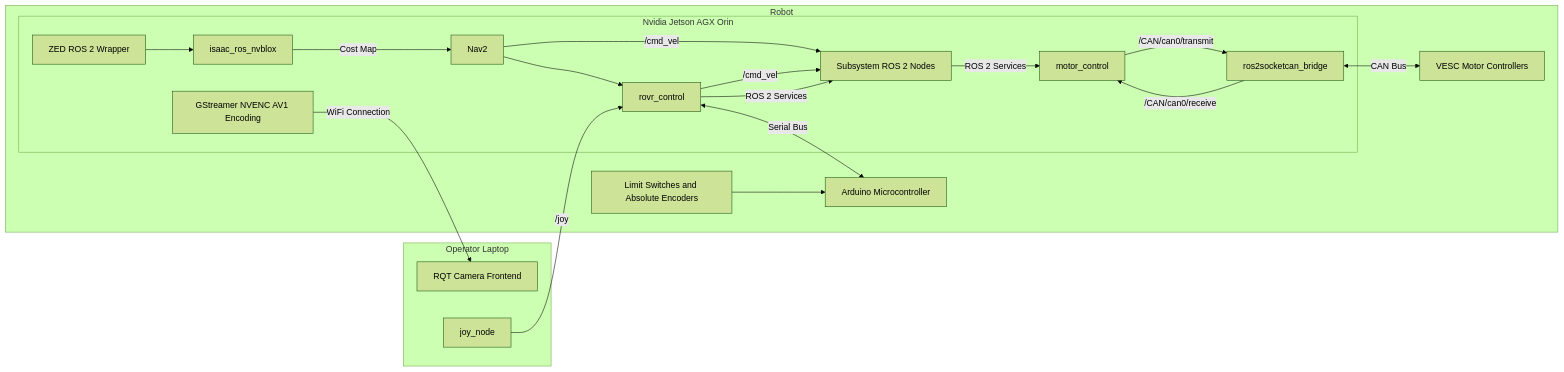
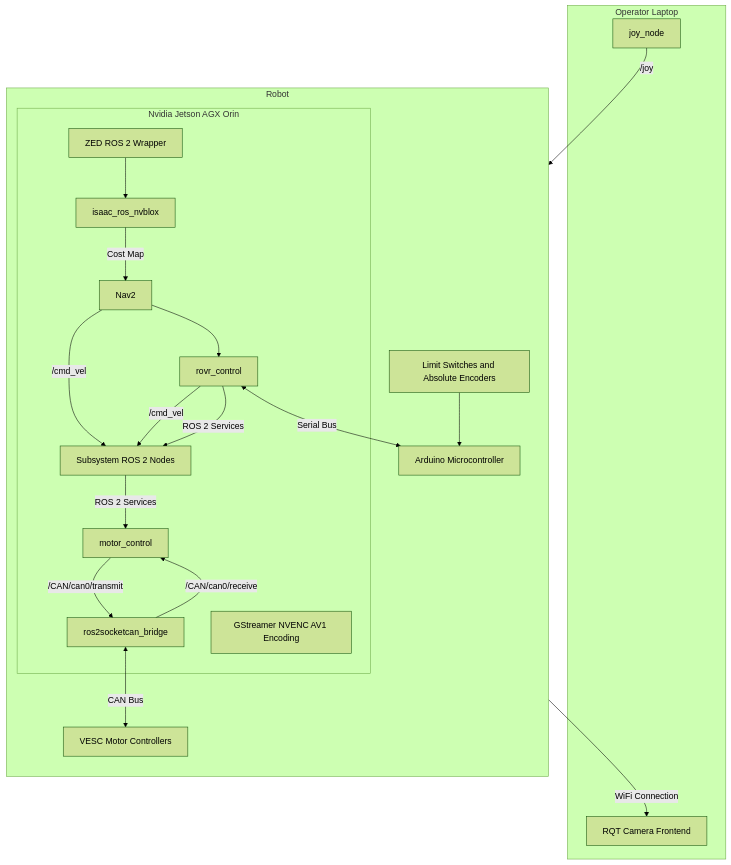
One commit to GOFIRST-Robotics/Lunabotics changed the third of 3 diagrams in README.md. Above: the diagram before and after it, drawn with Mermaid (forest theme). The commit also changed other lines of this file, not shown here.

Commit message:
Add general connectivity chart

````diff
--- a/README.md
+++ b/README.md
@@ -5,36 +49,40 @@
 ```mermaid
-graph LR
+graph TB
     subgraph A[Operator Laptop]
         B[RQT Camera Frontend]
         J[joy_node]
     end
     subgraph C[Robot]
+        direction TB
         subgraph F[Nvidia Jetson AGX Orin]
             G[motor_control]
             H[GStreamer NVENC AV1 Encoding]
             I[isaac_ros_nvblox]
             L[ros2socketcan_bridge]
             M[Nav2]
             N[Subsystem ROS 2 Nodes]
             O[rovr_control]
             P[ZED ROS 2 Wrapper]
+
+            G -- /CAN/can0/transmit --> L
+            L -- /CAN/can0/receive --> G
+
         end
         D[Arduino Microcontroller]
         K[Limit Switches and Absolute Encoders]
         E[VESC Motor Controllers]
     end
     K --> D
     O <-- Serial Bus --> D
     H -- WiFi Connection --> B
     L <-- CAN Bus --> E
     P --> I
     I -- Cost Map --> M
     M --> O
     J -- /joy --> O
     M -- /cmd_vel --> N
-    G -- /CAN/can0/transmit --> L
-    L -- /CAN/can0/receive --> G
+    
     O -- /cmd_vel --> N
     O -- ROS 2 Services --> N
     N -- ROS 2 Services --> G
 ```
````
